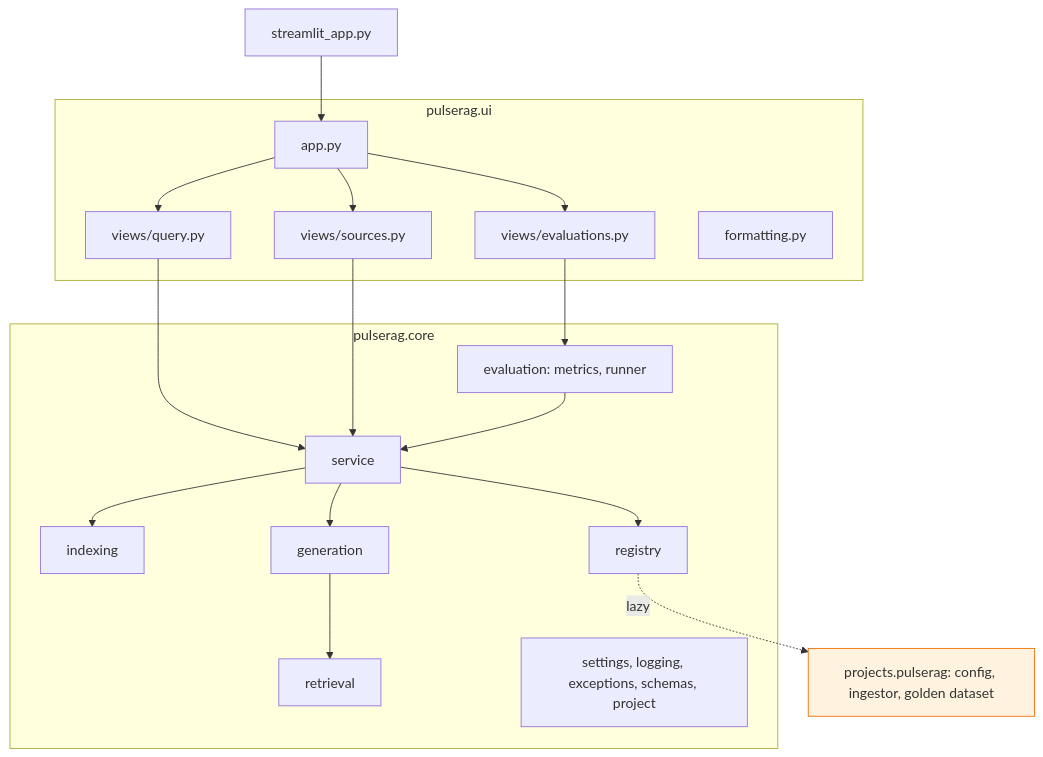
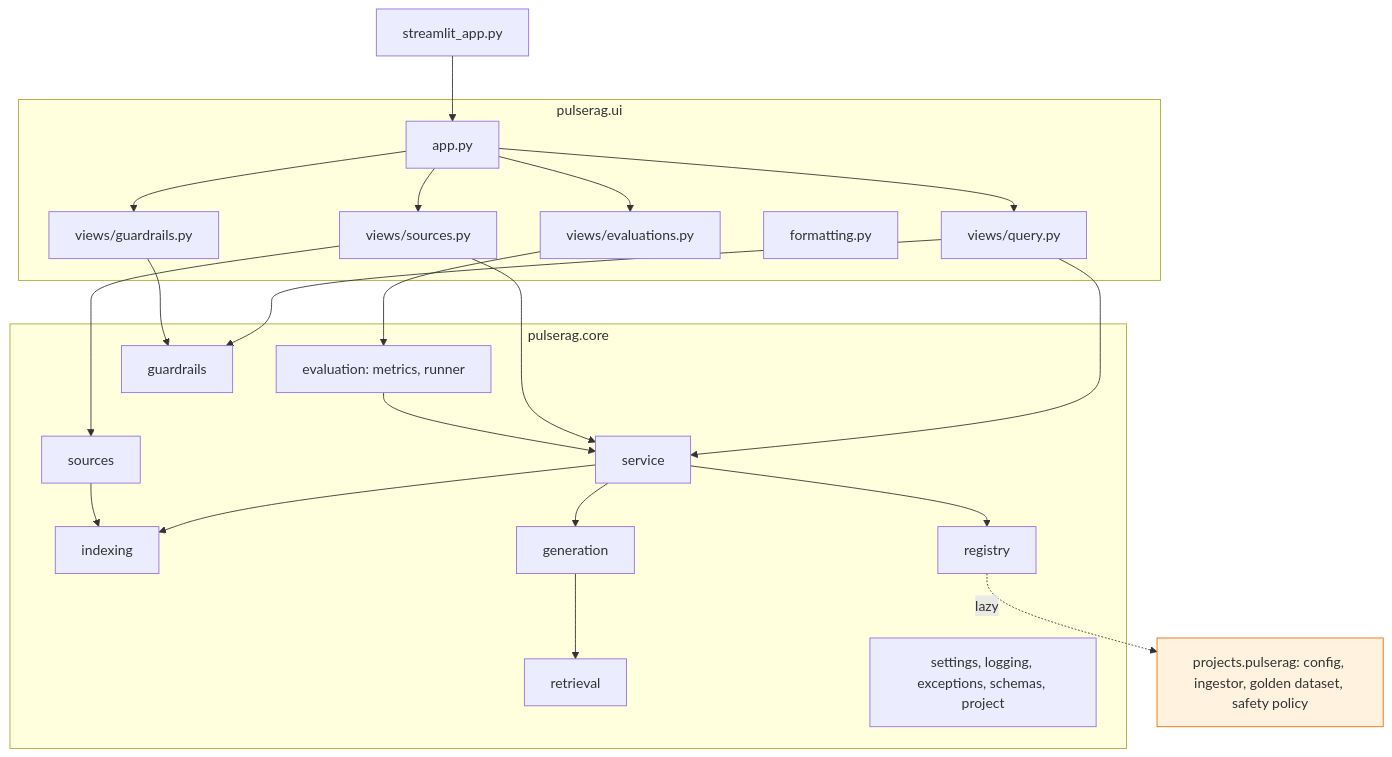
The second of 6 diagrams in docs/HLD.md (abhishek-tiwari-nitrr/PulseRAG), drawn with Mermaid before and after one commit. The commit also changed other lines of this file and 14 other files, not shown here.

````diff
--- a/docs/HLD.md
+++ b/docs/HLD.md
@@ -32,34 +34,42 @@
 ```mermaid
 flowchart TB
     EP["streamlit_app.py"] --> APP
     subgraph UIL["pulserag.ui"]
         APP["app.py"]
         VQ["views/query.py"]
         VS["views/sources.py"]
         VE["views/evaluations.py"]
         FMT["formatting.py"]
+        VG["views/guardrails.py"]
     end
     subgraph CORE["pulserag.core"]
         SVC["service"]
         IDX["indexing"]
         RET["retrieval"]
         GEN["generation"]
         REG["registry"]
         FND["settings, logging, exceptions, schemas, project"]
         EVL["evaluation: metrics, runner"]
+        GRL["guardrails"]
+        SRM["sources"]
     end
-    PLG["projects.pulserag: config, ingestor, golden dataset"]
+    PLG["projects.pulserag: config, ingestor, golden dataset, safety policy"]
     APP --> VQ
     APP --> VS
     VQ --> SVC
     VS --> SVC
     SVC --> IDX
     SVC --> GEN
     GEN --> RET
     SVC --> REG
     REG -.->|"lazy"| PLG
     APP --> VE
     VE --> EVL
     EVL --> SVC
+    APP --> VG
+    VQ --> GRL
+    VG --> GRL
+    VS --> SRM
+    SRM --> IDX
     style PLG fill:#fff3e0,stroke:#ef6c00
 ```
````
